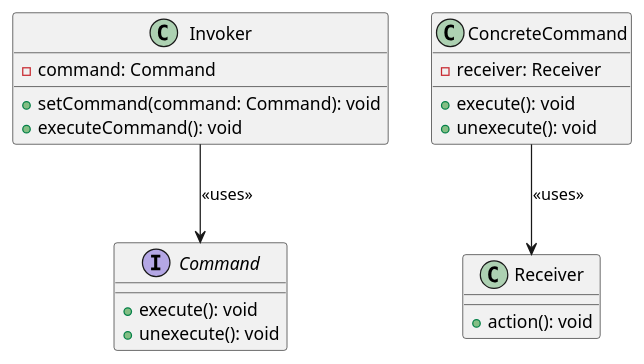
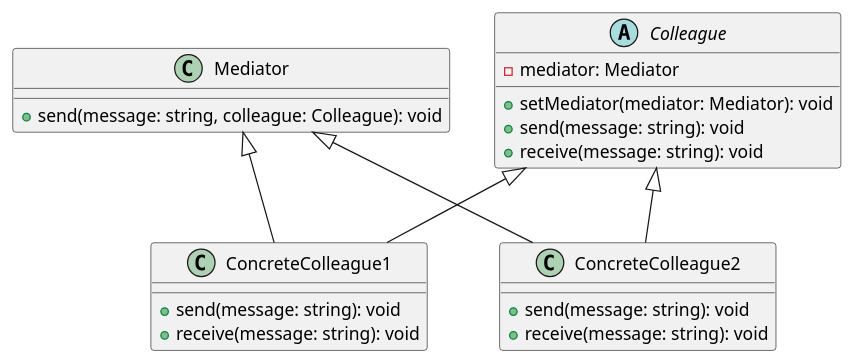
One commit to andrewovchinnikov/design-patterns changed the diagram in klassifikaciya-patternov/povedencheskie-patterny-behavioral-patterns/posrednik-mediator/MediatorExample.puml. Above: the diagram before and after it, drawn with PlantUML. The commit also changed 30 other files, not shown here.

Commit message:
UML диаграммы для паттерна Наблюдатель, Состояние, Посредник,  Мнемонико;

```diff
--- a/klassifikaciya-patternov/povedencheskie-patterny-behavioral-patterns/posrednik-mediator/MediatorExample.puml
+++ b/klassifikaciya-patternov/povedencheskie-patterny-behavioral-patterns/posrednik-mediator/MediatorExample.puml
@@ -1,27 +1,29 @@
 @startuml
 
-interface Command {
-    +execute(): void
-    +unexecute(): void
+class Mediator {
+    +send(message: string, colleague: Colleague): void
 }
 
-class ConcreteCommand {
-    -receiver: Receiver
-    +execute(): void
-    +unexecute(): void
+abstract class Colleague {
+    -mediator: Mediator
+    +setMediator(mediator: Mediator): void
+    +send(message: string): void
+    +receive(message: string): void
 }
 
-class Receiver {
-    +action(): void
+class ConcreteColleague1 {
+    +send(message: string): void
+    +receive(message: string): void
 }
 
-class Invoker {
-    -command: Command
-    +setCommand(command: Command): void
-    +executeCommand(): void
+class ConcreteColleague2 {
+    +send(message: string): void
+    +receive(message: string): void
 }
 
-ConcreteCommand --> Receiver: <<uses>>
-Invoker --> Command: <<uses>>
+Mediator <|-- ConcreteColleague1
+Mediator <|-- ConcreteColleague2
+Colleague <|-- ConcreteColleague1
+Colleague <|-- ConcreteColleague2
 
 @enduml
```
